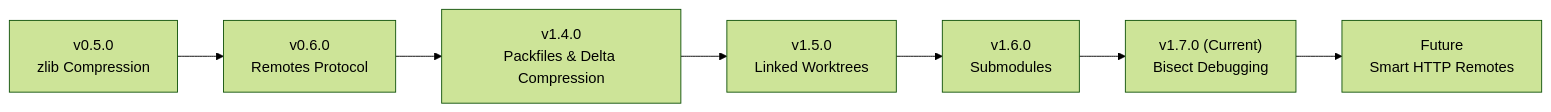
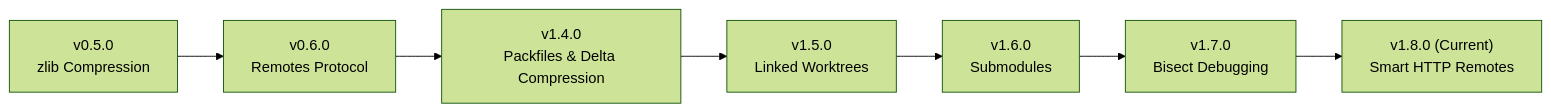
One commit to sagarkrjha/minigit changed the fifth of 5 diagrams in FEATURES.md. Above: the diagram before and after it, drawn with Mermaid (forest theme). The commit also changed other lines of this file and 20 other files, not shown here.

Commit message:
feat(remotes): implement smart HTTP network remotes and bump version to 1.8.0 (#13)

````diff
--- a/FEATURES.md
+++ b/FEATURES.md
@@ -2139,9 +2210,9 @@
 ```mermaid
 flowchart LR
     A["v0.5.0\nzlib Compression"] --> B["v0.6.0\nRemotes Protocol"]
     B --> C["v1.4.0\nPackfiles & Delta Compression"]
     C --> D["v1.5.0\nLinked Worktrees"]
     D --> E["v1.6.0\nSubmodules"]
-    E --> F["v1.7.0 (Current)\nBisect Debugging"]
-    F --> G["Future\nSmart HTTP Remotes"]
+    E --> F["v1.7.0\nBisect Debugging"]
+    F --> G["v1.8.0 (Current)\nSmart HTTP Remotes"]
 ```
````
